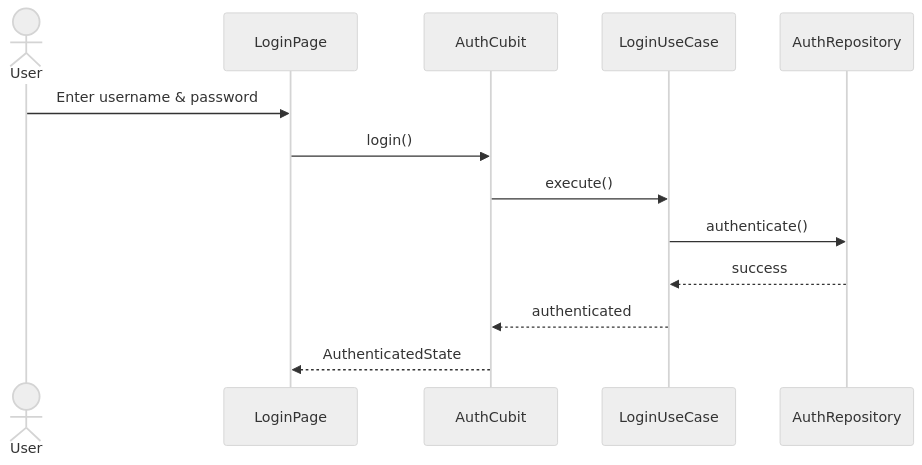
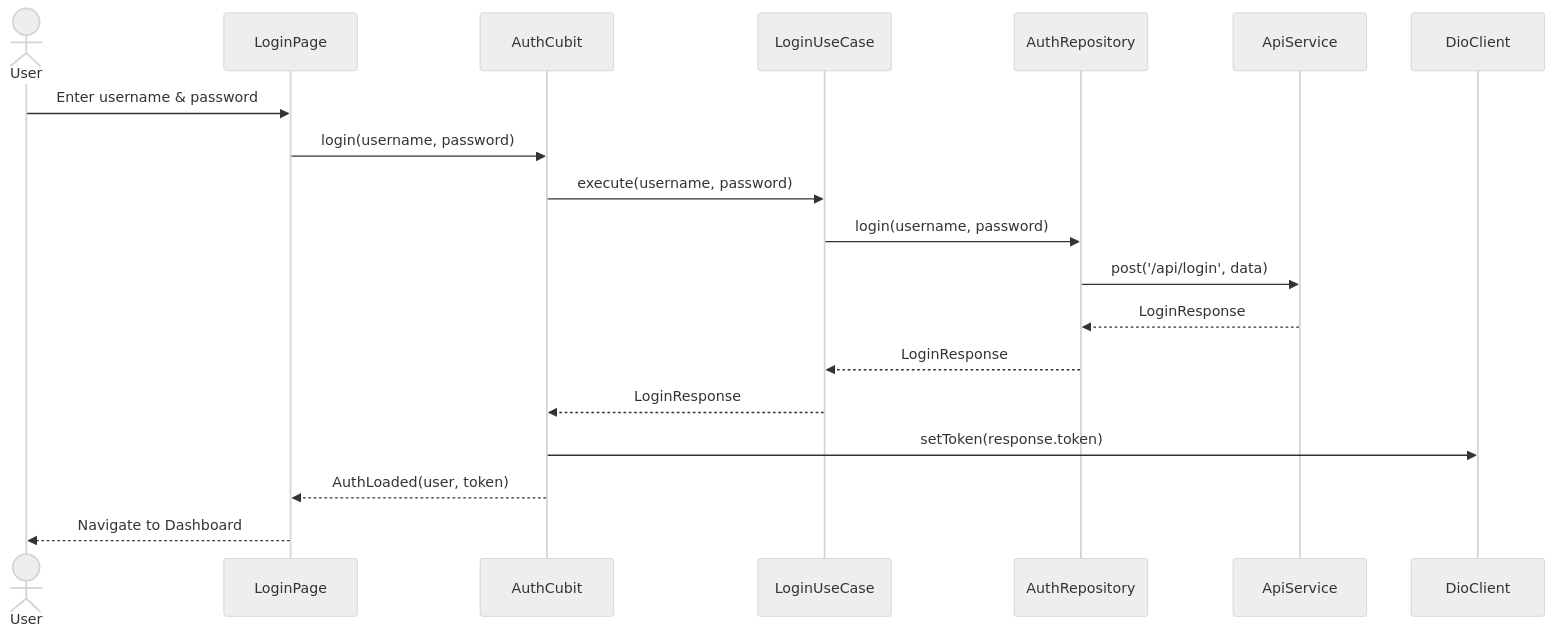
Before and after one commit to kngrnr/send-money-app: the diagram in docs/sequences/auth-sequence.md, drawn with Mermaid (neutral theme). The commit also changed 5 other files, not shown here.

````diff
--- a/docs/sequences/auth-sequence.md
+++ b/docs/sequences/auth-sequence.md
@@ -1,17 +1,23 @@
 ```mermaid
 sequenceDiagram
     actor User
     participant LoginPage
     participant AuthCubit
     participant LoginUseCase
     participant AuthRepository
+    participant ApiService
+    participant DioClient
 
     User ->> LoginPage: Enter username & password
-    LoginPage ->> AuthCubit: login()
-    AuthCubit ->> LoginUseCase: execute()
-    LoginUseCase ->> AuthRepository: authenticate()
-    AuthRepository -->> LoginUseCase: success
-    LoginUseCase -->> AuthCubit: authenticated
-    AuthCubit -->> LoginPage: AuthenticatedState
+    LoginPage ->> AuthCubit: login(username, password)
+    AuthCubit ->> LoginUseCase: execute(username, password)
+    LoginUseCase ->> AuthRepository: login(username, password)
+    AuthRepository ->> ApiService: post('/api/login', data)
+    ApiService -->> AuthRepository: LoginResponse
+    AuthRepository -->> LoginUseCase: LoginResponse
+    LoginUseCase -->> AuthCubit: LoginResponse
+    AuthCubit ->> DioClient: setToken(response.token)
+    AuthCubit -->> LoginPage: AuthLoaded(user, token)
+    LoginPage -->> User: Navigate to Dashboard
 
 ```
````
